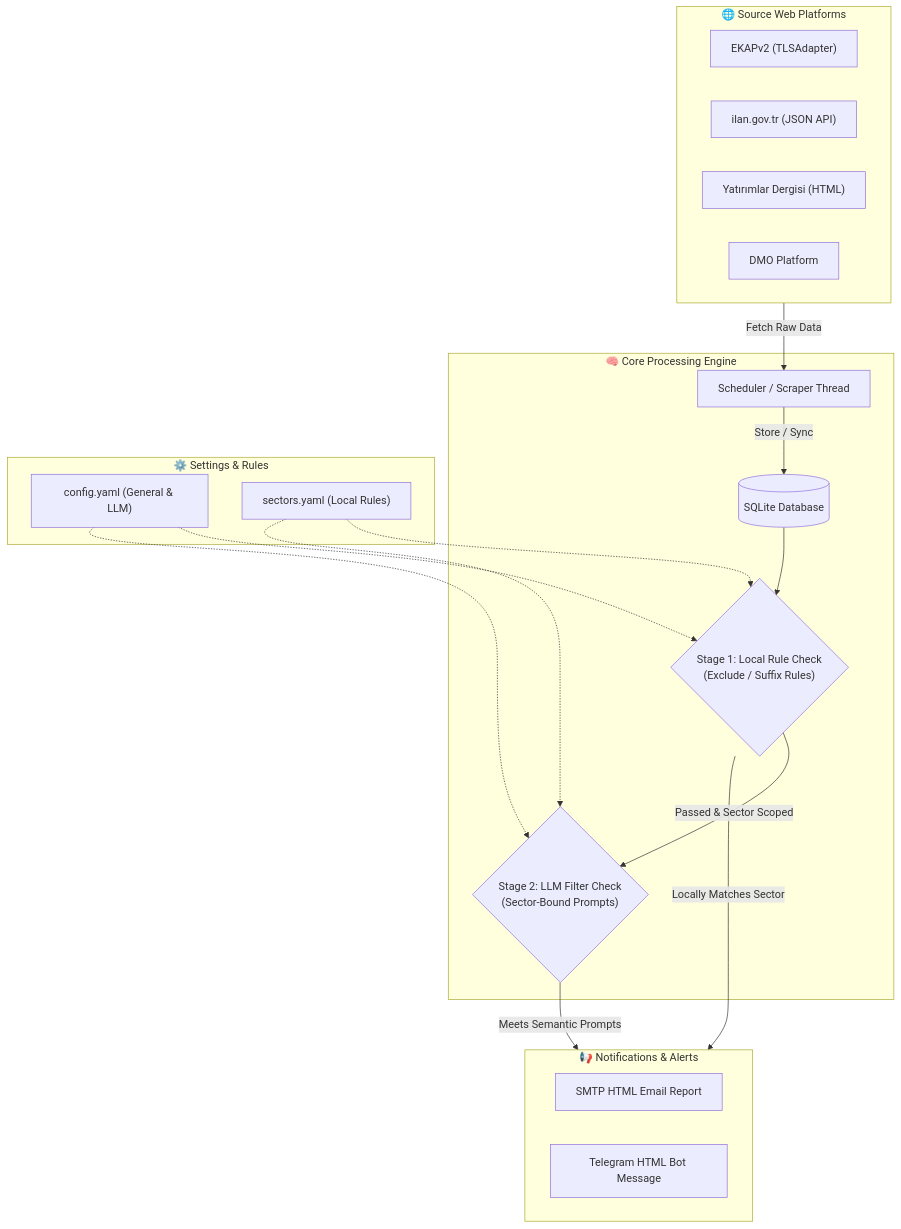
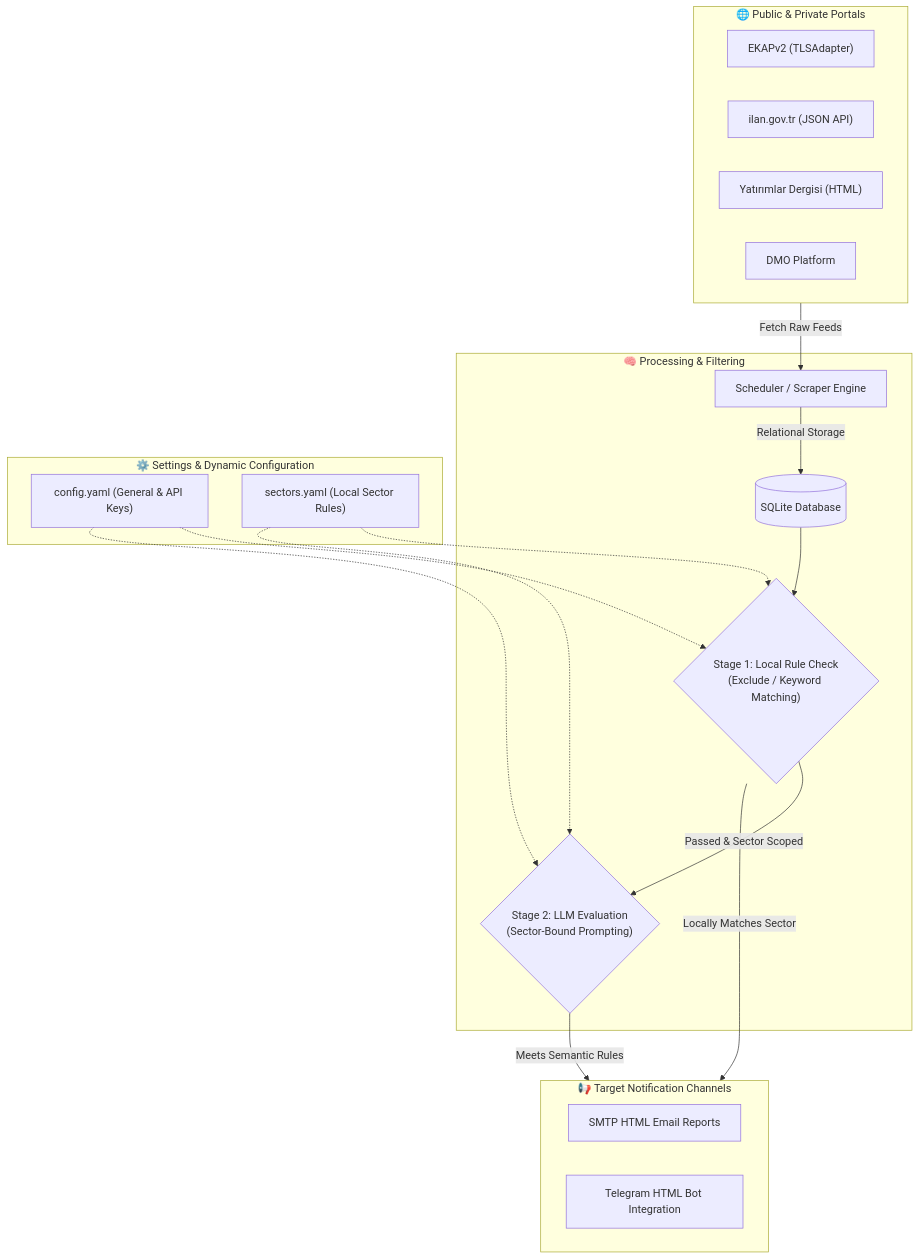
One commit to isikmuhamm/tender-tracker changed the diagram in README.md. Above: the diagram before and after it, drawn with Mermaid. The commit also changed other lines of this file and 5 other files, not shown here.

````diff
--- a/README.md
+++ b/README.md
@@ -43,34 +52,34 @@
 ```mermaid
 flowchart TD
-    subgraph WebSources["🌐 Source Web Platforms"]
+    subgraph WebSources["🌐 Public & Private Portals"]
         EKAP["EKAPv2 (TLSAdapter)"]
         ILAN["ilan.gov.tr (JSON API)"]
         YAT["Yatırımlar Dergisi (HTML)"]
         DMO["DMO Platform"]
     end
 
-    subgraph CoreEngine["🧠 Core Processing Engine"]
-        Scraper["Scheduler / Scraper Thread"]
+    subgraph CoreEngine["🧠 Processing & Filtering"]
+        Scraper["Scheduler / Scraper Engine"]
         DB[(SQLite Database)]
-        LocalFilter{"Stage 1: Local Rule Check<br/>(Exclude / Suffix Rules)"}
-        LLMFilter{"Stage 2: LLM Filter Check<br/>(Sector-Bound Prompts)"}
+        LocalFilter{"Stage 1: Local Rule Check<br/>(Exclude / Keyword Matching)"}
+        LLMFilter{"Stage 2: LLM Evaluation<br/>(Sector-Bound Prompting)"}
     end
 
-    subgraph Config["⚙️ Settings & Rules"]
-        CYAM["config.yaml (General & LLM)"]
-        SYAM["sectors.yaml (Local Rules)"]
+    subgraph Config["⚙️ Settings & Dynamic Configuration"]
+        CYAM["config.yaml (General & API Keys)"]
+        SYAM["sectors.yaml (Local Sector Rules)"]
     end
 
-    subgraph Outputs["📢 Notifications & Alerts"]
-        Mail["SMTP HTML Email Report"]
-        Telegram["Telegram HTML Bot Message"]
+    subgraph Outputs["📢 Target Notification Channels"]
+        Mail["SMTP HTML Email Reports"]
+        Telegram["Telegram HTML Bot Integration"]
     end
 
-    WebSources -->|Fetch Raw Data| Scraper
-    Scraper -->|Store / Sync| DB
+    WebSources -->|Fetch Raw Feeds| Scraper
+    Scraper -->|Relational Storage| DB
     DB --> LocalFilter
     CYAM & SYAM -.-> LocalFilter & LLMFilter
     LocalFilter -->|Passed & Sector Scoped| LLMFilter
     LocalFilter -->|Locally Matches Sector| Outputs
-    LLMFilter -->|Meets Semantic Prompts| Outputs
+    LLMFilter -->|Meets Semantic Rules| Outputs
 ```
````
